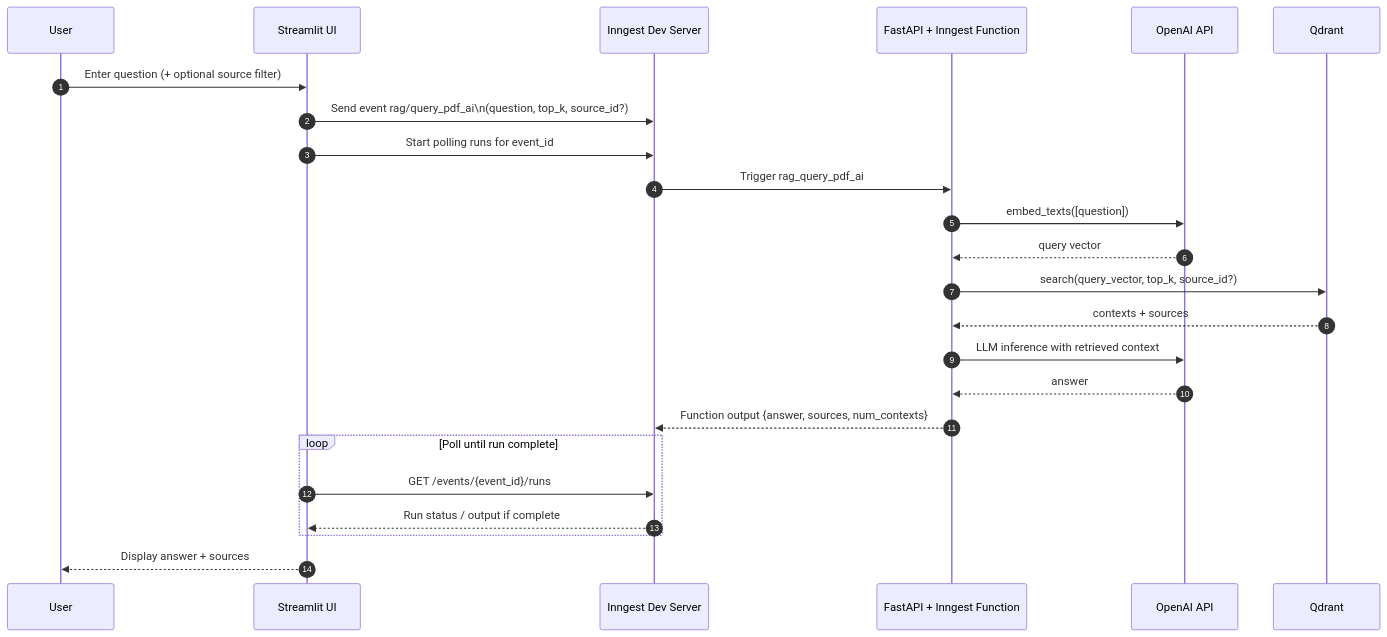
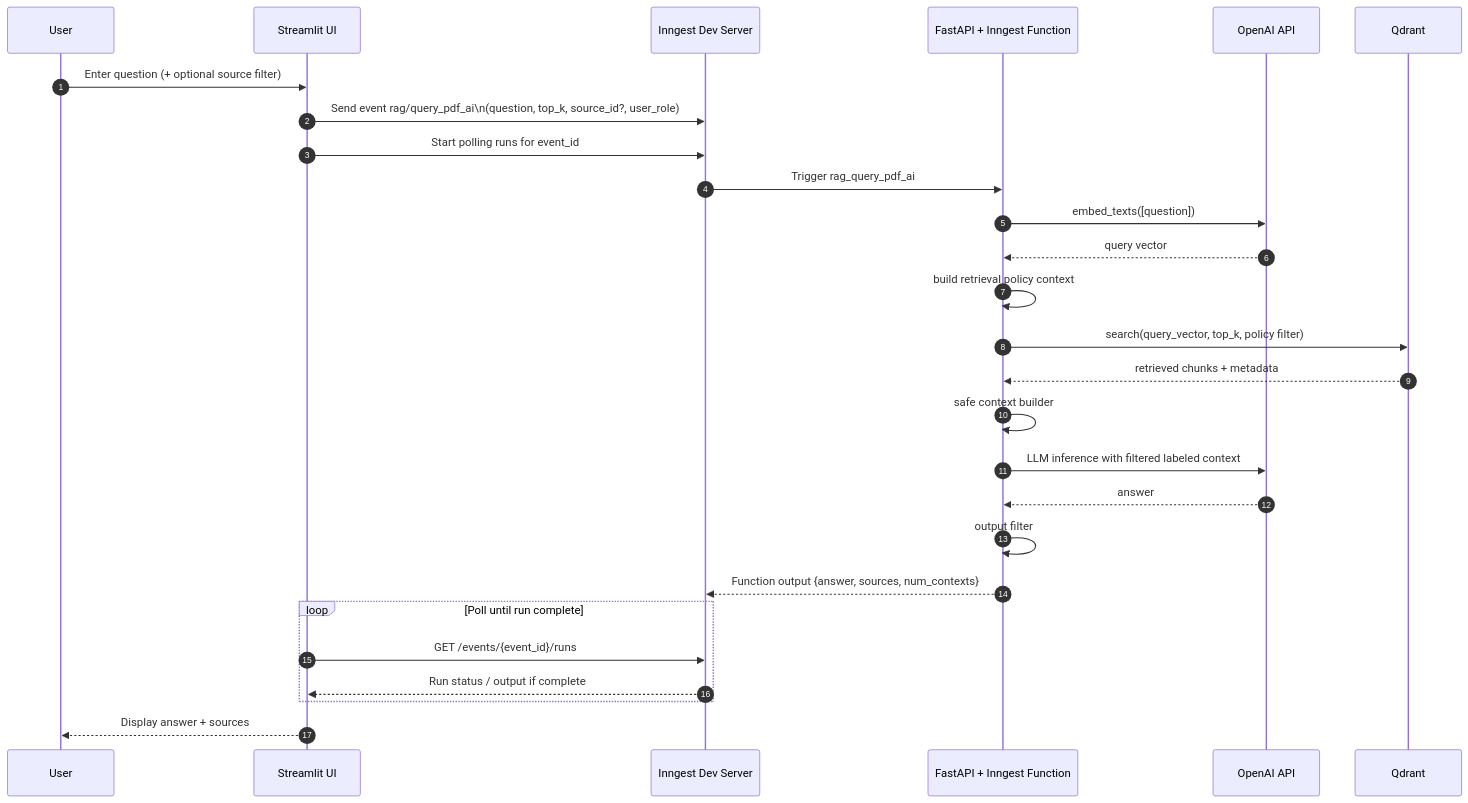
The third of 3 diagrams in README.md (mamun39/RAGAgent), drawn with Mermaid before and after one commit. The commit also changed other lines of this file, not shown here.

````diff
--- a/README.md
+++ b/README.md
@@ -94,27 +112,30 @@
 ```mermaid
 sequenceDiagram
     autonumber
     participant U as User
     participant S as Streamlit UI
     participant I as Inngest Dev Server
     participant A as FastAPI + Inngest Function
     participant O as OpenAI API
     participant Q as Qdrant
 
     U->>S: Enter question (+ optional source filter)
-    S->>I: Send event rag/query_pdf_ai\n(question, top_k, source_id?)
+    S->>I: Send event rag/query_pdf_ai\n(question, top_k, source_id?, user_role)
     S->>I: Start polling runs for event_id
     I->>A: Trigger rag_query_pdf_ai
     A->>O: embed_texts([question])
     O-->>A: query vector
-    A->>Q: search(query_vector, top_k, source_id?)
-    Q-->>A: contexts + sources
-    A->>O: LLM inference with retrieved context
+    A->>A: build retrieval policy context
+    A->>Q: search(query_vector, top_k, policy filter)
+    Q-->>A: retrieved chunks + metadata
+    A->>A: safe context builder
+    A->>O: LLM inference with filtered labeled context
     O-->>A: answer
+    A->>A: output filter
     A-->>I: Function output {answer, sources, num_contexts}
     loop Poll until run complete
         S->>I: GET /events/{event_id}/runs
         I-->>S: Run status / output if complete
     end
     S-->>U: Display answer + sources
 ```
````
